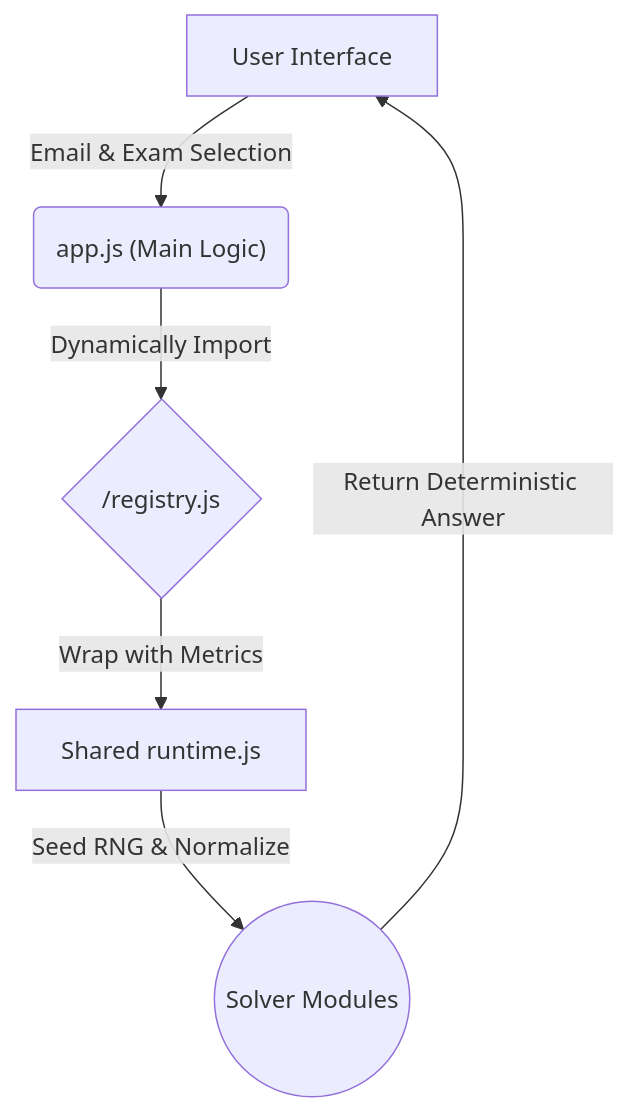
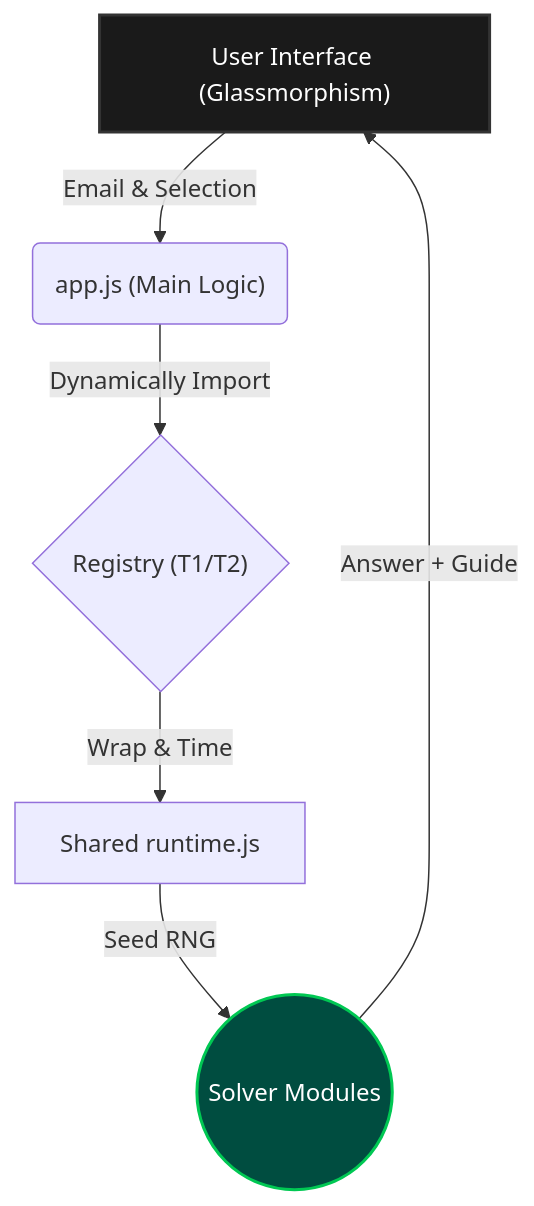
The diagram in README.md (GyaanFlow/tds-roe-solver-t12026), drawn with Mermaid before and after one commit. The commit also changed other lines of this file, not shown here.

````diff
--- a/README.md
+++ b/README.md
@@ -23,8 +35,10 @@
 ```mermaid
 graph TD
-    A["User Interface"] -->|"Email & Exam Selection"| B("app.js (Main Logic)")
-    B -->|"Dynamically Import"| C{"<exam>/registry.js"}
-    C -->|"Wrap with Metrics"| D["Shared runtime.js"]
-    D -->|"Seed RNG & Normalize"| E(("Solver Modules"))
-    E -->|"Return Deterministic Answer"| A
+    A["User Interface (Glassmorphism)"] -->|"Email & Selection"| B("app.js (Main Logic)")
+    B -->|"Dynamically Import"| C{"Registry (T1/T2)"}
+    C -->|"Wrap & Time"| D["Shared runtime.js"]
+    D -->|"Seed RNG"| E(("Solver Modules"))
+    E -->|"Answer + Guide"| A
+    style A fill:#1a1a1a,stroke:#333,stroke-width:2px,color:#fff
+    style E fill:#004d40,stroke:#00c853,stroke-width:2px,color:#fff
 ```
````
